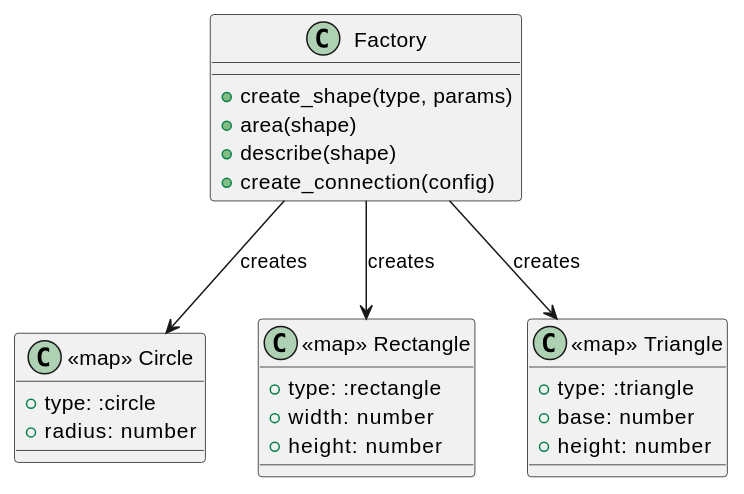
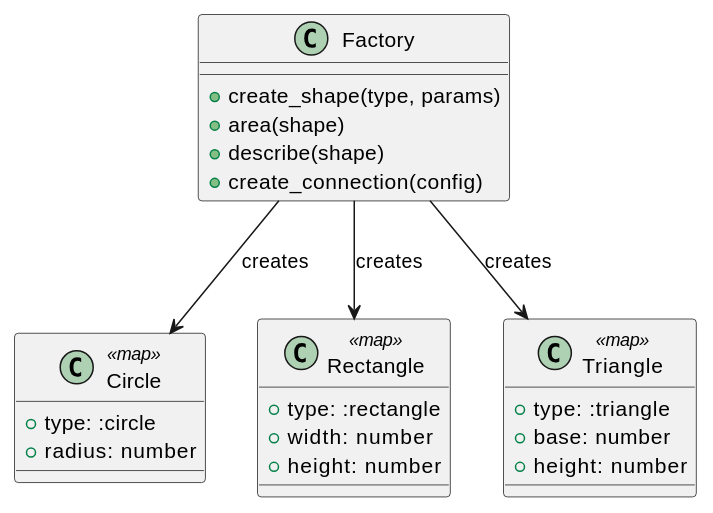
The diagram in docs/article/elixir/14-factory.md (k2works/getting-started-design-pattern), drawn with PlantUML before and after one commit. The commit also changed 73 other files, not shown here.

Commit message:
docs(article): PlantUML 表記と記事ナビゲーションを整理

````diff
--- a/docs/article/elixir/14-factory.md
+++ b/docs/article/elixir/14-factory.md
@@ -9,31 +9,31 @@
 ```plantuml
 @startuml
 class "Factory" as F {
   + create_shape(type, params)
   + area(shape)
   + describe(shape)
   + create_connection(config)
 }
 
-class "<<map>> Circle" as C {
+class "Circle" as C <<map>> {
   + type: :circle
   + radius: number
 }
 
-class "<<map>> Rectangle" as R {
+class "Rectangle" as R <<map>> {
   + type: :rectangle
   + width: number
   + height: number
 }
 
-class "<<map>> Triangle" as T {
+class "Triangle" as T <<map>> {
   + type: :triangle
   + base: number
   + height: number
 }
 
 F --> C : creates
 F --> R : creates
 F --> T : creates
 @enduml
 ```
````
